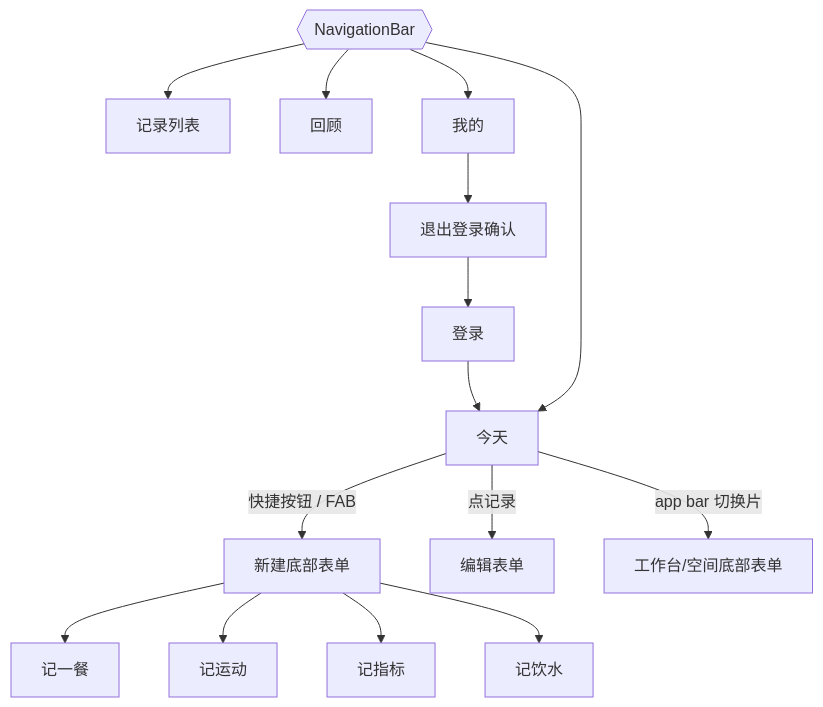
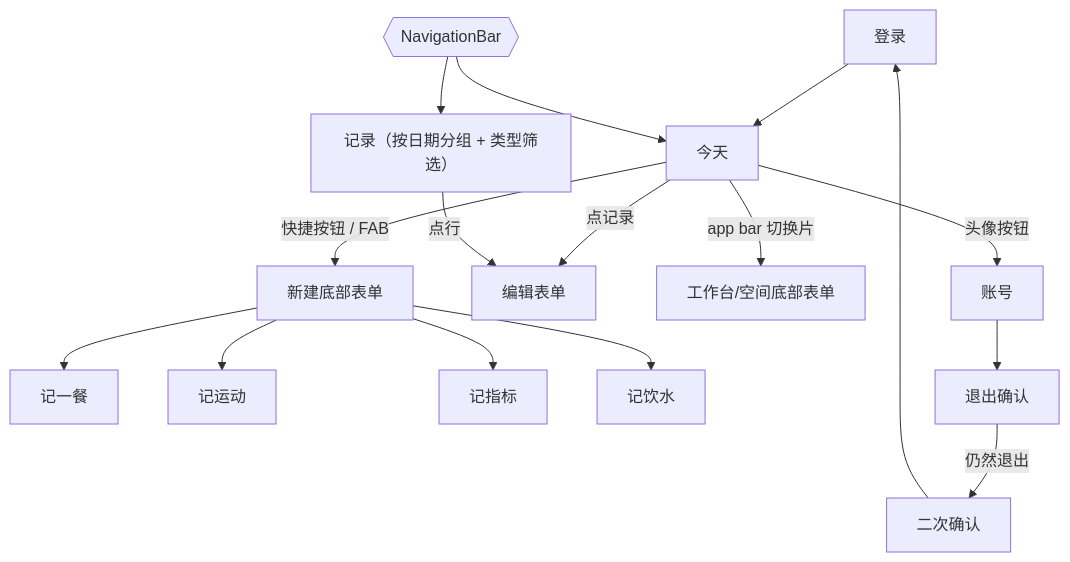
Before and after one commit to Royean/awesome-my-workbench: the diagram in docs/native-v1/design.md, drawn with Mermaid. The commit also changed other lines of this file and 16 other files, not shown here.

````diff
--- a/docs/native-v1/design.md
+++ b/docs/native-v1/design.md
@@ -14,10 +14,11 @@
 ```mermaid
 flowchart TD
   L[登录] --> T[今天]
   T -->|快捷按钮 / FAB| A[新建底部表单]
   A --> F1[记一餐] & F2[记运动] & F3[记指标] & F4[记饮水]
   T -->|点记录| E[编辑表单]
   T -->|app bar 切换片| W[工作台/空间底部表单]
-  NB{{NavigationBar}} --> T & R[记录列表] & V[回顾] & M[我的]
-  M --> O[退出登录确认] --> L
+  NB{{NavigationBar}} --> T & R[记录（按日期分组 + 类型筛选）]
+  R -->|点行| E
+  T -->|头像按钮| M[账号] --> O[退出确认] -->|仍然退出| O2[二次确认] --> L
 ```
````
